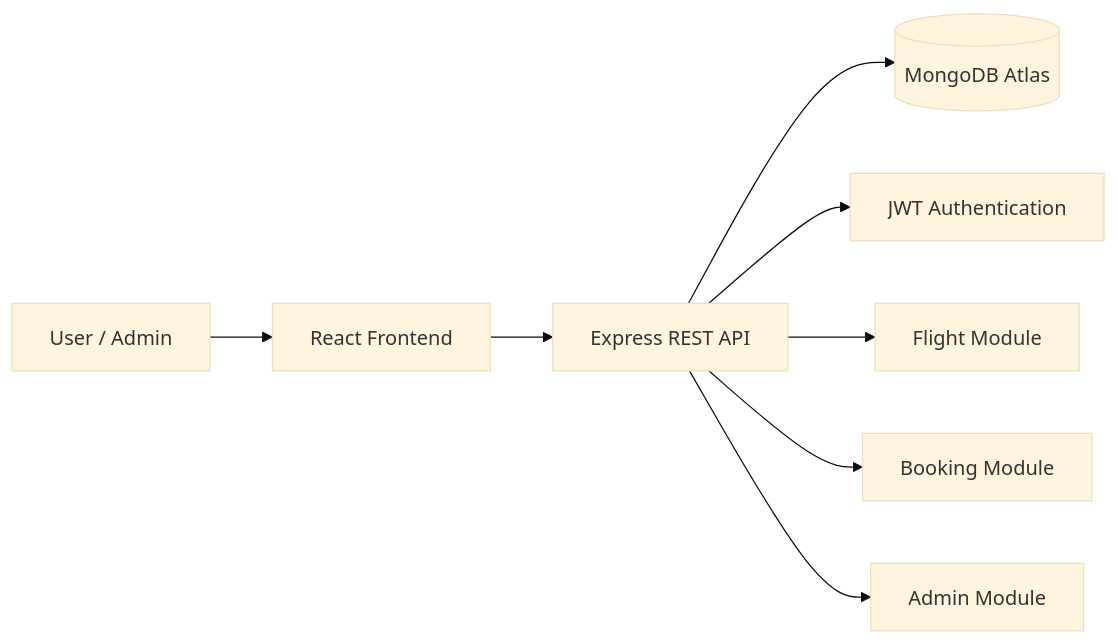
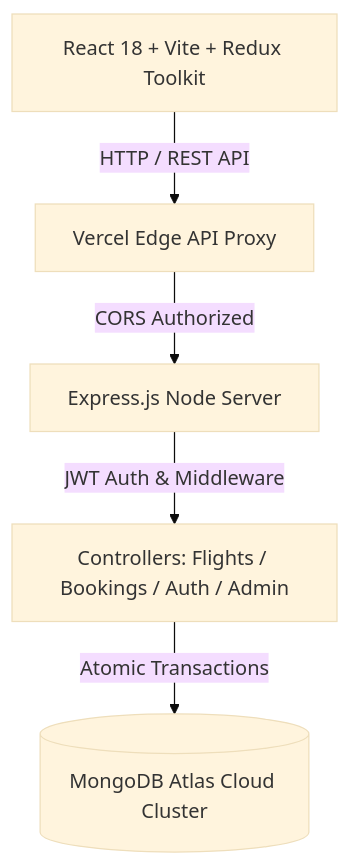
The diagram in README.md (thunderrbox/AeroPulse), drawn with Mermaid (base theme) before and after one commit. The commit also changed other lines of this file, not shown here.

Commit message:
Update README.md with Problem Statement, Architecture Solution, Engineering Rationale, and Setup Manual

````diff
--- a/README.md
+++ b/README.md
@@ -51,11 +26,7 @@
 ```mermaid
-flowchart LR
-    User[User / Admin] --> Frontend[React Frontend]
-    Frontend --> API[Express REST API]
-    API --> DB[(MongoDB Atlas)]
-
-    API --> Auth[JWT Authentication]
-    API --> Flights[Flight Module]
-    API --> Booking[Booking Module]
-    API --> Admin[Admin Module]
+flowchart TB
+    Client[React 18 + Vite + Redux Toolkit] -->|HTTP / REST API| Proxy[Vercel Edge API Proxy]
+    Proxy -->|CORS Authorized| Server[Express.js Node Server]
+    Server -->|JWT Auth & Middleware| Controllers[Controllers: Flights / Bookings / Auth / Admin]
+    Controllers -->|Atomic Transactions| Database[(MongoDB Atlas Cloud Cluster)]
 ```
````
